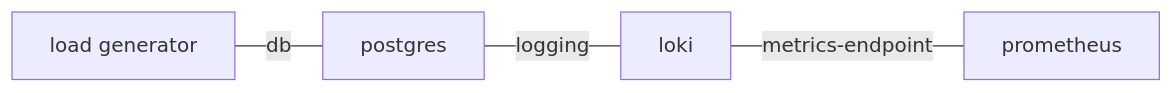
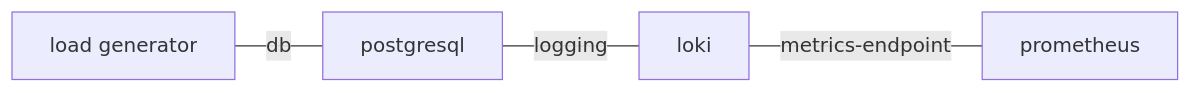
Before and after one commit to canonical/observability-stack: the second of 2 diagrams in docs/how-to/evaluate-telemetry-volume.md, drawn with Mermaid. The commit also changed other lines of this file, not shown here.

````diff
--- a/docs/how-to/evaluate-telemetry-volume.md
+++ b/docs/how-to/evaluate-telemetry-volume.md
@@ -45,6 +45,6 @@
 ```{mermaid}
 graph LR
-load[load generator] ---|db| postgres
-postgres ---|logging| loki
+load[load generator] ---|db| postgresql
+postgresql ---|logging| loki
 loki ---|metrics-endpoint| prometheus
 ```
````
